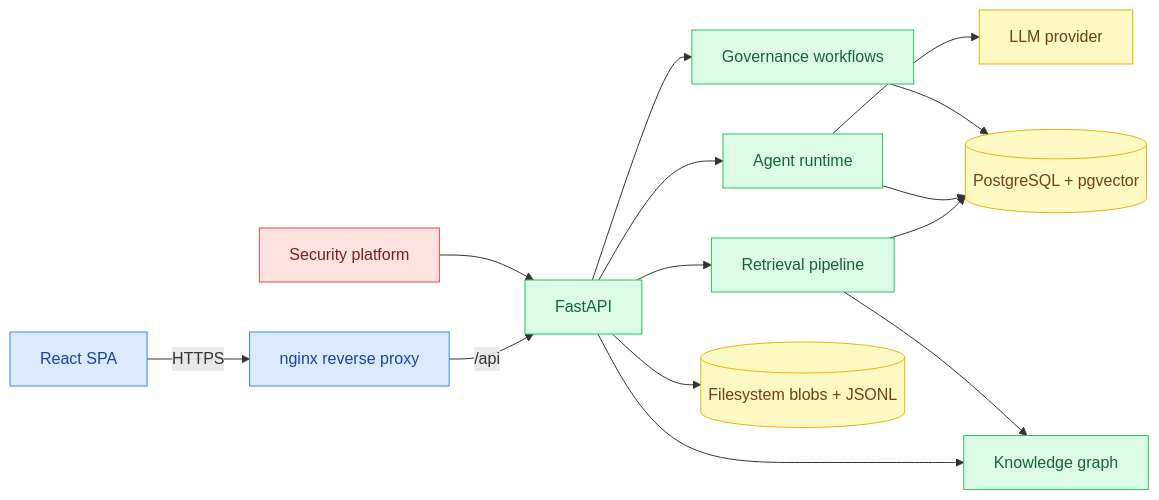
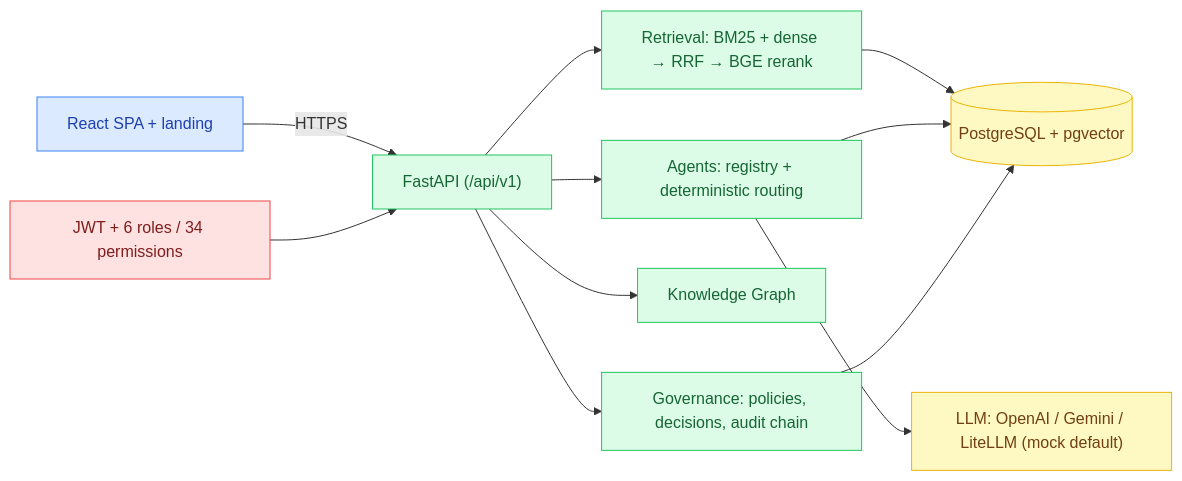
Before and after one commit to VIVEK-MARRI/RegIntel-AI: the first of 2 diagrams in README.md, drawn with Mermaid. The commit also changed other lines of this file, not shown here.

````diff
--- a/README.md
+++ b/README.md
@@ -37,33 +38,28 @@
 ```mermaid
 flowchart LR
     classDef edge fill:#dbeafe,stroke:#3b82f6,color:#1e40af
-    classDef app  fill:#dcfce7,stroke:#22c55e,color:#166534
+    classDef app fill:#dcfce7,stroke:#22c55e,color:#166534
     classDef data fill:#fef9c3,stroke:#eab308,color:#713f12
-    classDef sec  fill:#fee2e2,stroke:#ef4444,color:#7f1d1d
+    classDef sec fill:#fee2e2,stroke:#ef4444,color:#7f1d1d
 
-    Browser["React SPA"]:::edge
-    Nginx["nginx reverse proxy"]:::edge
-    API["FastAPI"]:::app
-    Agent["Agent runtime"]:::app
-    Retrieval["Retrieval pipeline"]:::app
-    KG["Knowledge graph"]:::app
-    Workflow["Governance workflows"]:::app
-    Security["Security platform"]:::sec
+    Browser["React SPA + landing"]:::edge
+    API["FastAPI (/api/v1)"]:::app
+    Retrieval["Retrieval: BM25 + dense → RRF → BGE rerank"]:::app
+    Agents["Agents: registry + deterministic routing"]:::app
+    KG["Knowledge Graph"]:::app
+    Gov["Governance: policies, decisions, audit chain"]:::app
     PG[("PostgreSQL + pgvector")]:::data
-    Blob[("Filesystem blobs + JSONL")]:::data
-    LLM["LLM provider"]:::data
+    LLM["LLM: OpenAI / Gemini / LiteLLM (mock default)"]:::data
+    Auth["JWT + 6 roles / 34 permissions"]:::sec
 
-    Browser -->|HTTPS| Nginx
-    Nginx -->|/api| API
-    API --> Agent
+    Browser -->|HTTPS| API
+    Auth --> API
     API --> Retrieval
+    API --> Agents
     API --> KG
-    API --> Workflow
-    Security --> API
+    API --> Gov
     Retrieval --> PG
-    Agent --> PG
-    Agent --> LLM
-    Retrieval --> KG
-    Workflow --> PG
-    API --> Blob
+    Agents --> LLM
+    Agents --> PG
+    Gov --> PG
 ```
````
